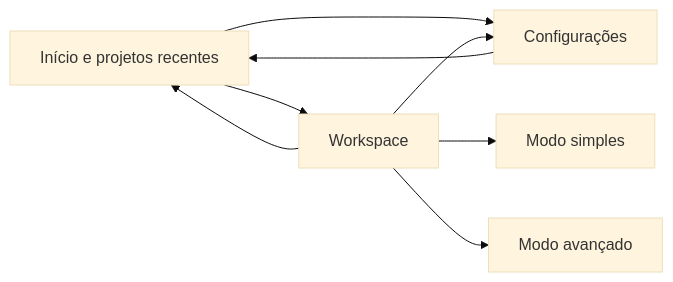
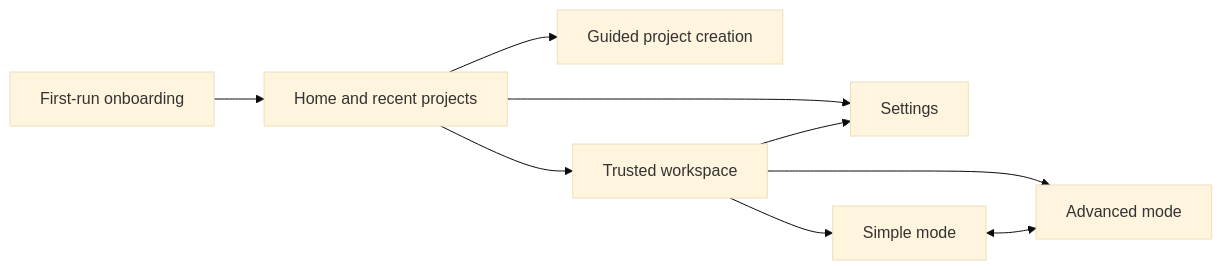
One commit to spxmiguel/visualnscode changed the diagram in docs/desktop-interface.md. Above: the diagram before and after it, drawn with Mermaid (base theme). The commit also changed other lines of this file and 40 other files, not shown here.

````diff
--- a/docs/desktop-interface.md
+++ b/docs/desktop-interface.md
@@ -11,10 +9,11 @@
 ```mermaid
 flowchart LR
-  HOME["Início e projetos recentes"] --> WORKSPACE["Workspace"]
-  HOME --> SETTINGS["Configurações"]
-  SETTINGS --> HOME
-  WORKSPACE --> HOME
-  WORKSPACE --> SETTINGS
-  WORKSPACE --> SIMPLE["Modo simples"]
-  WORKSPACE --> ADVANCED["Modo avançado"]
+    Onboarding["First-run onboarding"] --> Home["Home and recent projects"]
+    Home --> Create["Guided project creation"]
+    Home --> Workspace["Trusted workspace"]
+    Home --> Settings["Settings"]
+    Workspace --> Simple["Simple mode"]
+    Workspace --> Advanced["Advanced mode"]
+    Simple <--> Advanced
+    Workspace --> Settings
 ```
````
